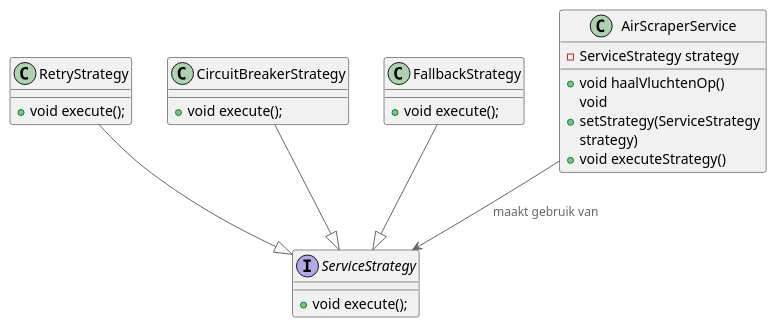
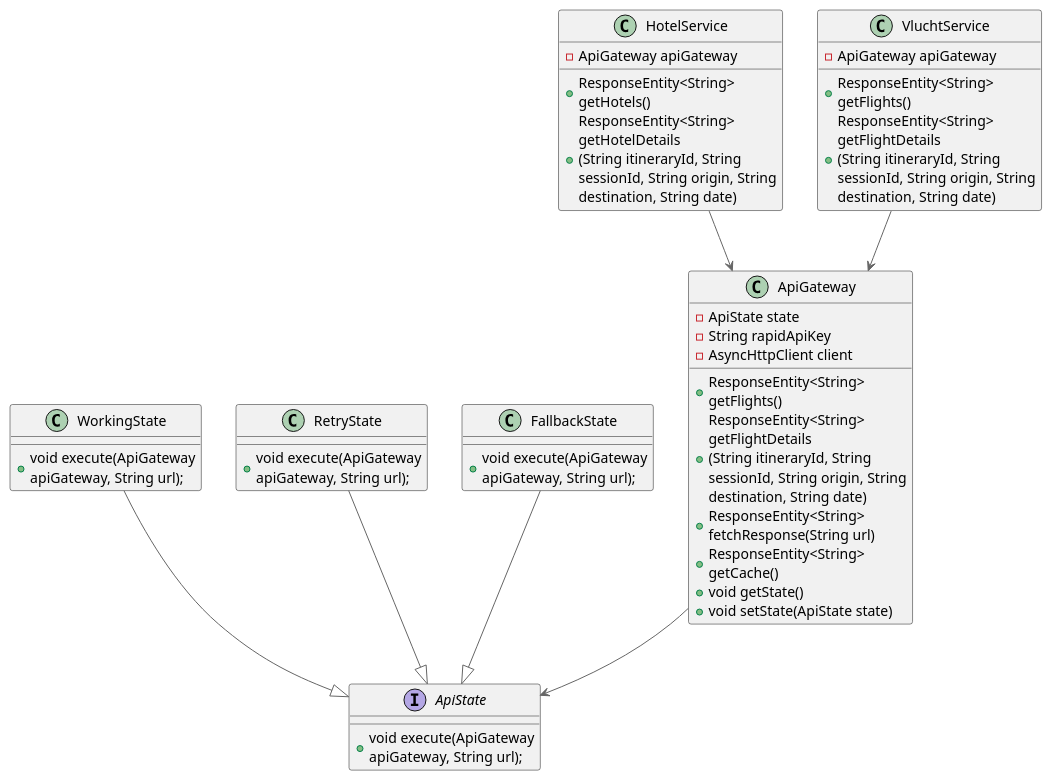
Before and after one commit to AIM-ENE-feb25/triptop-groep-b4: the diagram in Pressure_cooker/Vera/classDiagramStrategy.puml, drawn with PlantUML. The commit also changed 6 other files, not shown here.

```diff
--- a/Pressure_cooker/Vera/classDiagramStrategy.puml
+++ b/Pressure_cooker/Vera/classDiagramStrategy.puml
@@ -1,31 +1,46 @@
 @startuml
 !include https://raw.githubusercontent.com/plantuml-stdlib/C4-PlantUML/master/C4_Component.puml
 
-interface ServiceStrategy {
-    + void execute();
+interface ApiState {
++ void execute(ApiGateway apiGateway, String url);
 }
 
-class RetryStrategy {
-    + void execute();
+class "HotelService"{
+- ApiGateway apiGateway
++ ResponseEntity<String> getHotels()
++ ResponseEntity<String> getHotelDetails\n(String itineraryId, String sessionId, String origin, String destination, String date)
 }
 
-class CircuitBreakerStrategy {
-    + void execute();
+class "VluchtService"{
+- ApiGateway apiGateway
++ ResponseEntity<String> getFlights()
++ ResponseEntity<String> getFlightDetails\n(String itineraryId, String sessionId, String origin, String destination, String date)
+}
+class WorkingState {
+    + void execute(ApiGateway apiGateway, String url);
+}
+class RetryState {
+    + void execute(ApiGateway apiGateway, String url);
 }
 
-class FallbackStrategy {
-    + void execute();
+class FallbackState {
+    + void execute(ApiGateway apiGateway, String url);
 }
-
-class AirScraperService {
-    - ServiceStrategy strategy
-    + void haalVluchtenOp()
-    + void setStrategy(ServiceStrategy strategy)
-    + void executeStrategy()
+class ApiGateway{
+    - ApiState state
+    - String rapidApiKey
+    - AsyncHttpClient client
+    + ResponseEntity<String> getFlights()
+    + ResponseEntity<String> getFlightDetails\n(String itineraryId, String sessionId, String origin, String destination, String date)
+    + ResponseEntity<String> fetchResponse(String url)
+    + ResponseEntity<String> getCache()
+    + void getState()
+    + void setState(ApiState state)
 }
-
-AirScraperService --> ServiceStrategy : maakt gebruik van
-RetryStrategy --|> ServiceStrategy
-CircuitBreakerStrategy --|> ServiceStrategy
-FallbackStrategy --|> ServiceStrategy
+"VluchtService" --> "ApiGateway"
+"HotelService" --> "ApiGateway"
+"ApiGateway" --> "ApiState"
+"WorkingState" --|> "ApiState"
+"RetryState" --|> "ApiState"
+"FallbackState" --|> "ApiState"
 @enduml
```
